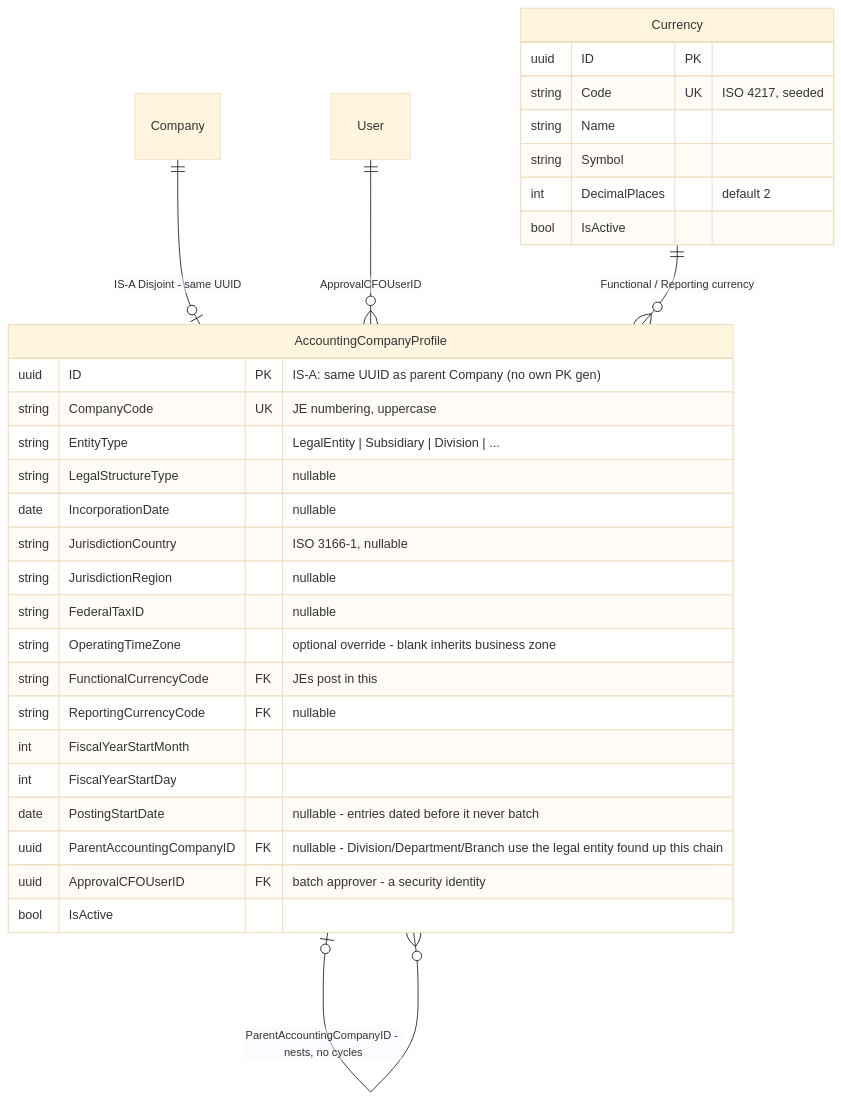
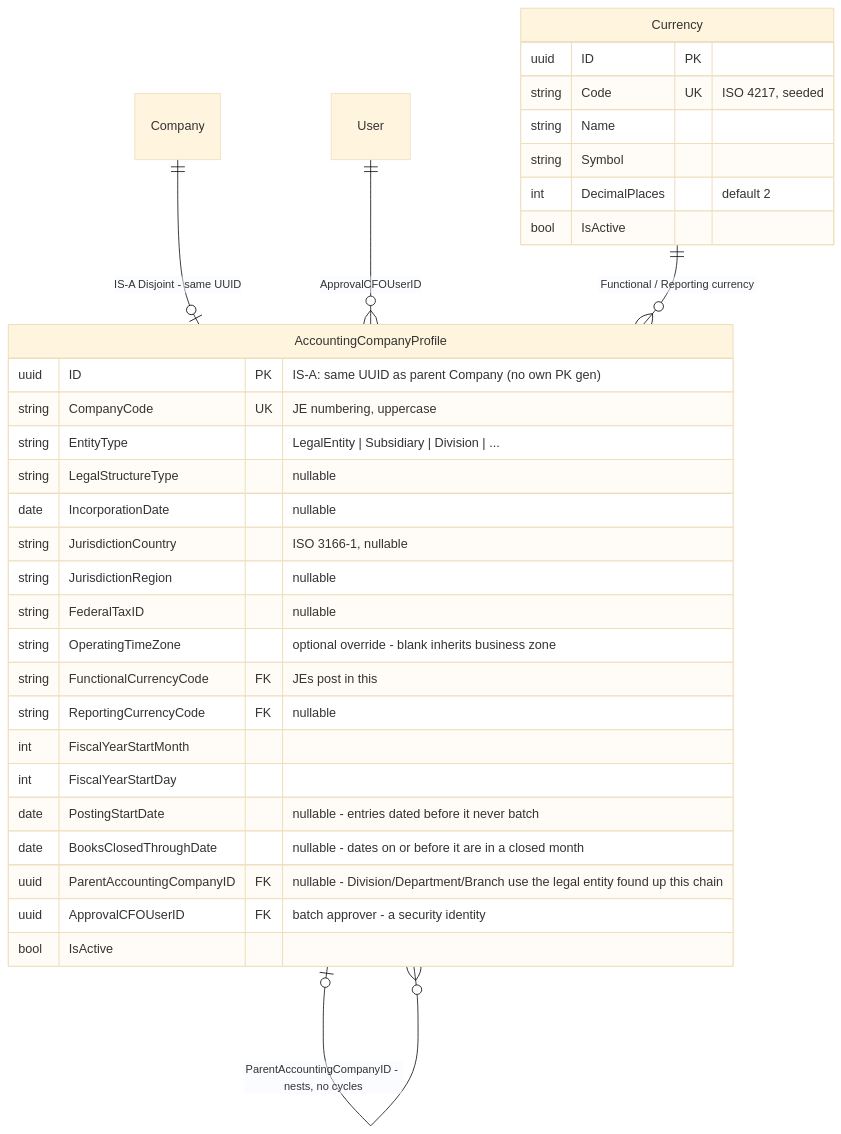
The third of 14 diagrams in docs/bizapps-accounting-erd.md (MemberJunction/bizapps-accounting), drawn with Mermaid (base theme) before and after one commit. The commit also changed other lines of this file and 6 other files, not shown here.

First line of the commit message:
feat(accounting): add AccountingCompanyProfile.BooksClosedThroughDate

````diff
--- a/docs/bizapps-accounting-erd.md
+++ b/docs/bizapps-accounting-erd.md
@@ -564,35 +566,36 @@
 ```mermaid
 erDiagram
     Company ||--o| AccountingCompanyProfile : "IS-A Disjoint - same UUID"
     User ||--o{ AccountingCompanyProfile : "ApprovalCFOUserID"
     Currency ||--o{ AccountingCompanyProfile : "Functional / Reporting currency"
     AccountingCompanyProfile |o--o{ AccountingCompanyProfile : "ParentAccountingCompanyID - nests, no cycles"
 
     AccountingCompanyProfile {
         uuid ID PK "IS-A: same UUID as parent Company (no own PK gen)"
         string CompanyCode UK "JE numbering, uppercase"
         string EntityType "LegalEntity | Subsidiary | Division | ..."
         string LegalStructureType "nullable"
         date IncorporationDate "nullable"
         string JurisdictionCountry "ISO 3166-1, nullable"
         string JurisdictionRegion "nullable"
         string FederalTaxID "nullable"
         string OperatingTimeZone "optional override - blank inherits business zone"
         string FunctionalCurrencyCode FK "JEs post in this"
         string ReportingCurrencyCode FK "nullable"
         int FiscalYearStartMonth
         int FiscalYearStartDay
         date PostingStartDate "nullable - entries dated before it never batch"
+        date BooksClosedThroughDate "nullable - dates on or before it are in a closed month"
         uuid ParentAccountingCompanyID FK "nullable - Division/Department/Branch use the legal entity found up this chain"
         uuid ApprovalCFOUserID FK "batch approver - a security identity"
         bool IsActive
     }
     Currency {
         uuid ID PK
         string Code UK "ISO 4217, seeded"
         string Name
         string Symbol
         int DecimalPlaces "default 2"
         bool IsActive
     }
 ```
````
